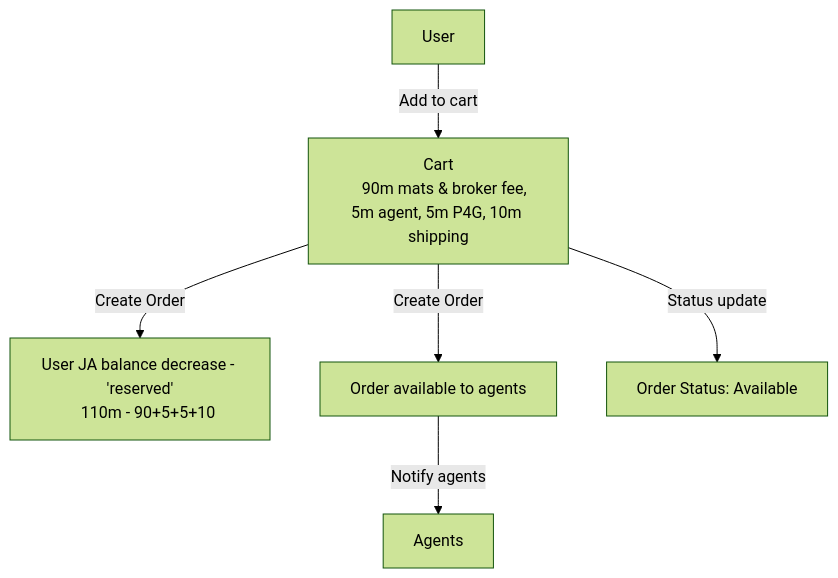
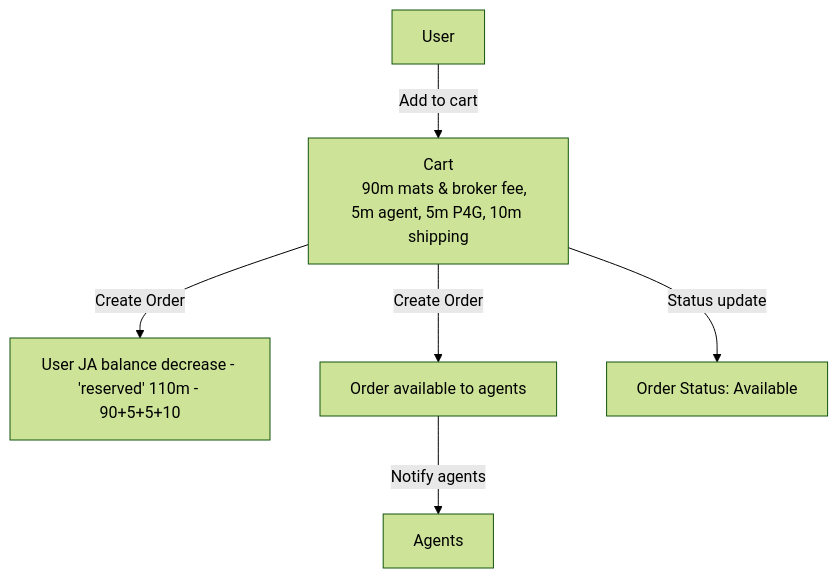
The second of 4 diagrams in README.md (dangarfield/eve-jita-anywhere), drawn with Mermaid (forest theme) before and after one commit. The commit also changed other lines of this file, not shown here.

Commit message:
flowchart 2

````diff
--- a/README.md
+++ b/README.md
@@ -16,12 +16,11 @@
 ```mermaid
 flowchart TD
 
     b1[User] -- Add to cart --> b2[Cart
     90m mats & broker fee, 5m agent, 5m P4G, 10m shipping];
-    b2 -- Create Order --> b3[User JA balance decrease - 'reserved'
-    110m - 90+5+5+10];
+    b2 -- Create Order --> b3[User JA balance decrease - 'reserved' 110m - 90+5+5+10];
     b2 -- Create Order --> b4[Order available to agents];
     b2 -- Status update --> b5[Order Status: Available];
     b4 -- Notify agents --> b7[Agents];
 
 ```
````
